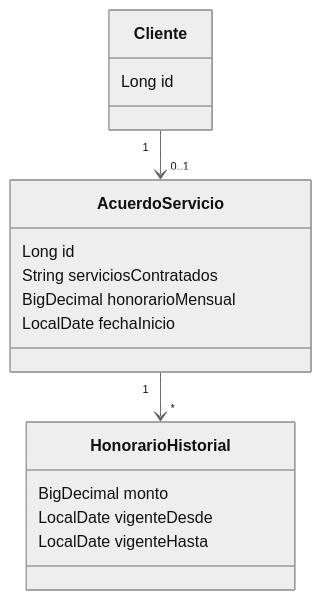
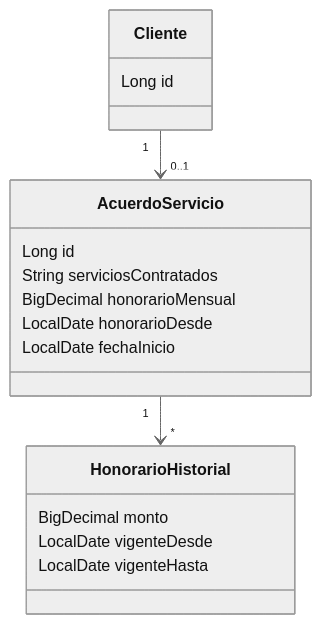
The diagram in docs/sprint1-jeanpierre/HU-05.md (fabianrodriguez33/plus-contable), drawn with Mermaid (neutral theme) before and after one commit. The commit also changed other lines of this file and 2 other files, not shown here.

First line of the commit message:
HU-05: formulario de servicios contratados, honorario mensual y fecha de inicio (tarea 45)

````diff
--- a/docs/sprint1-jeanpierre/HU-05.md
+++ b/docs/sprint1-jeanpierre/HU-05.md
@@ -12,17 +17,18 @@
 ```mermaid
 classDiagram
     class Cliente { Long id }
     class AcuerdoServicio {
         Long id
         String serviciosContratados
         BigDecimal honorarioMensual
+        LocalDate honorarioDesde
         LocalDate fechaInicio
     }
     class HonorarioHistorial {
         BigDecimal monto
         LocalDate vigenteDesde
         LocalDate vigenteHasta
     }
     Cliente "1" --> "0..1" AcuerdoServicio
     AcuerdoServicio "1" --> "*" HonorarioHistorial
 ```
````
